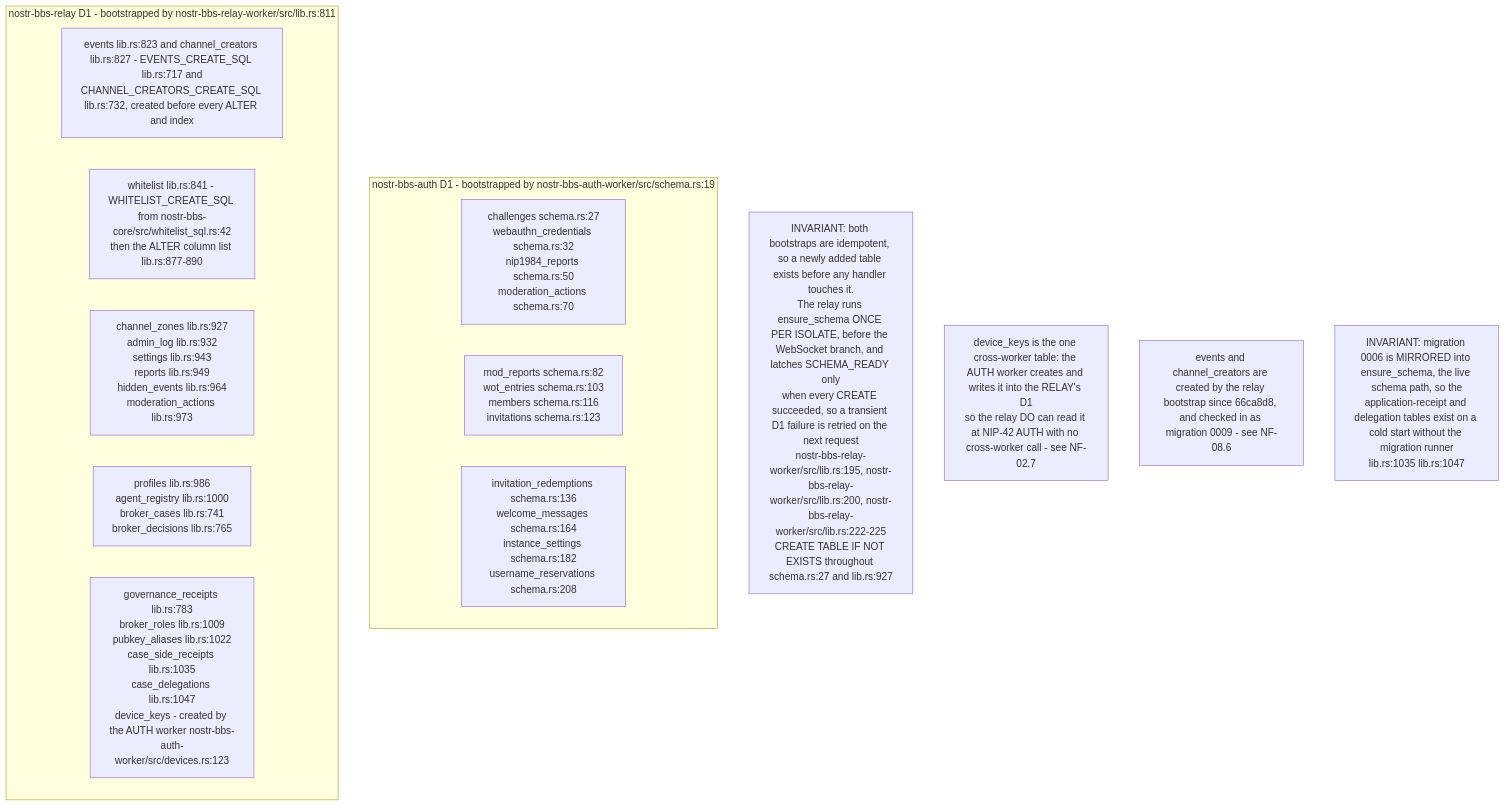
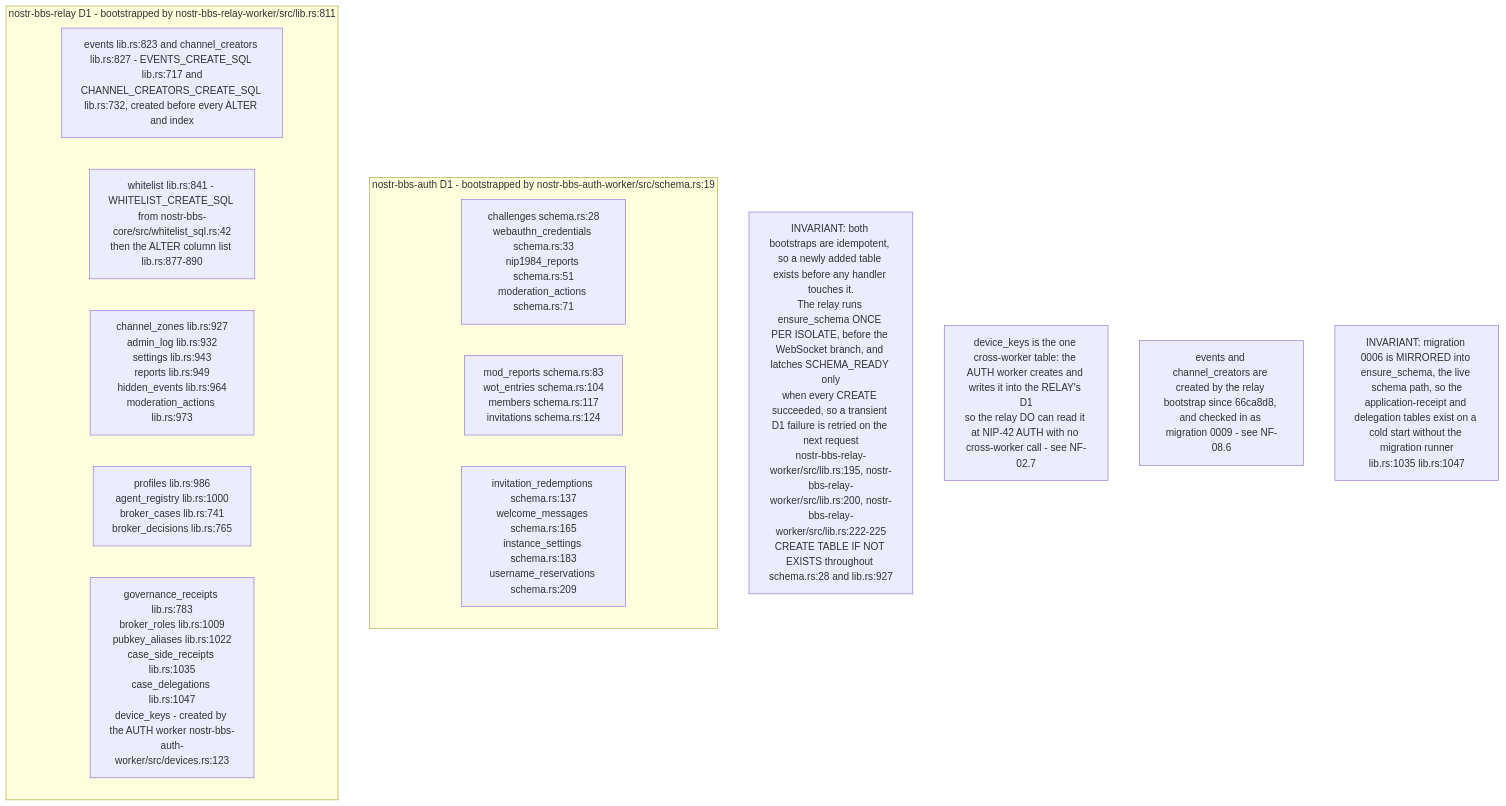
The fifth of 9 diagrams in docs/diagrams/nostr-rust-forum/08-config-zones-stores-and-admin-authority.md (DreamLab-AI/VisionFlow), drawn with Mermaid before and after one commit. The commit also changed other lines of this file and 59 other files, not shown here.

First line of the commit message:
docs(diagrams): re-derive and re-stamp forum, website, pod, ontomark and sealmap topics

````diff
--- a/docs/diagrams/nostr-rust-forum/08-config-zones-stores-and-admin-authority.md
+++ b/docs/diagrams/nostr-rust-forum/08-config-zones-stores-and-admin-authority.md
@@ -175,20 +175,20 @@
 ```mermaid
 flowchart TB
     subgraph authd1["nostr-bbs-auth D1 - bootstrapped by nostr-bbs-auth-worker/src/schema.rs:19"]
-        A1["challenges schema.rs:27<br/>webauthn_credentials schema.rs:32<br/>nip1984_reports schema.rs:50<br/>moderation_actions schema.rs:70"]
-        A2["mod_reports schema.rs:82<br/>wot_entries schema.rs:103<br/>members schema.rs:116<br/>invitations schema.rs:123"]
-        A3["invitation_redemptions schema.rs:136<br/>welcome_messages schema.rs:164<br/>instance_settings schema.rs:182<br/>username_reservations schema.rs:208"]
+        A1["challenges schema.rs:28<br/>webauthn_credentials schema.rs:33<br/>nip1984_reports schema.rs:51<br/>moderation_actions schema.rs:71"]
+        A2["mod_reports schema.rs:83<br/>wot_entries schema.rs:104<br/>members schema.rs:117<br/>invitations schema.rs:124"]
+        A3["invitation_redemptions schema.rs:137<br/>welcome_messages schema.rs:165<br/>instance_settings schema.rs:183<br/>username_reservations schema.rs:209"]
     end
     subgraph relayd1["nostr-bbs-relay D1 - bootstrapped by nostr-bbs-relay-worker/src/lib.rs:811"]
         RE["events lib.rs:823 and channel_creators lib.rs:827 - EVENTS_CREATE_SQL lib.rs:717 and<br/>CHANNEL_CREATORS_CREATE_SQL lib.rs:732, created before every ALTER and index"]
         R0["whitelist lib.rs:841 - WHITELIST_CREATE_SQL from nostr-bbs-core/src/whitelist_sql.rs:42<br/>then the ALTER column list lib.rs:877-890"]
         R1["channel_zones lib.rs:927<br/>admin_log lib.rs:932<br/>settings lib.rs:943<br/>reports lib.rs:949<br/>hidden_events lib.rs:964<br/>moderation_actions lib.rs:973"]
         R2["profiles lib.rs:986<br/>agent_registry lib.rs:1000<br/>broker_cases lib.rs:741<br/>broker_decisions lib.rs:765"]
         R3["governance_receipts lib.rs:783<br/>broker_roles lib.rs:1009<br/>pubkey_aliases lib.rs:1022<br/>case_side_receipts lib.rs:1035<br/>case_delegations lib.rs:1047<br/>device_keys - created by the AUTH worker nostr-bbs-auth-worker/src/devices.rs:123"]
     end
 
-    N1["INVARIANT: both bootstraps are idempotent, so a newly added table exists before any handler touches it.<br/>The relay runs ensure_schema ONCE PER ISOLATE, before the WebSocket branch, and latches SCHEMA_READY only<br/>when every CREATE succeeded, so a transient D1 failure is retried on the next request<br/>nostr-bbs-relay-worker/src/lib.rs:195, nostr-bbs-relay-worker/src/lib.rs:200, nostr-bbs-relay-worker/src/lib.rs:222-225<br/>CREATE TABLE IF NOT EXISTS throughout schema.rs:27 and lib.rs:927"]
+    N1["INVARIANT: both bootstraps are idempotent, so a newly added table exists before any handler touches it.<br/>The relay runs ensure_schema ONCE PER ISOLATE, before the WebSocket branch, and latches SCHEMA_READY only<br/>when every CREATE succeeded, so a transient D1 failure is retried on the next request<br/>nostr-bbs-relay-worker/src/lib.rs:195, nostr-bbs-relay-worker/src/lib.rs:200, nostr-bbs-relay-worker/src/lib.rs:222-225<br/>CREATE TABLE IF NOT EXISTS throughout schema.rs:28 and lib.rs:927"]
     N2["device_keys is the one cross-worker table: the AUTH worker creates and writes it into the RELAY's D1<br/>so the relay DO can read it at NIP-42 AUTH with no cross-worker call - see NF-02.7"]
     N3["events and channel_creators are created by the relay bootstrap since 66ca8d8, and checked in as migration 0009 - see NF-08.6"]
     N4["INVARIANT: migration 0006 is MIRRORED into ensure_schema, the live schema path, so the<br/>application-receipt and delegation tables exist on a cold start without the migration runner<br/>lib.rs:1035 lib.rs:1047"]
 ```
````
